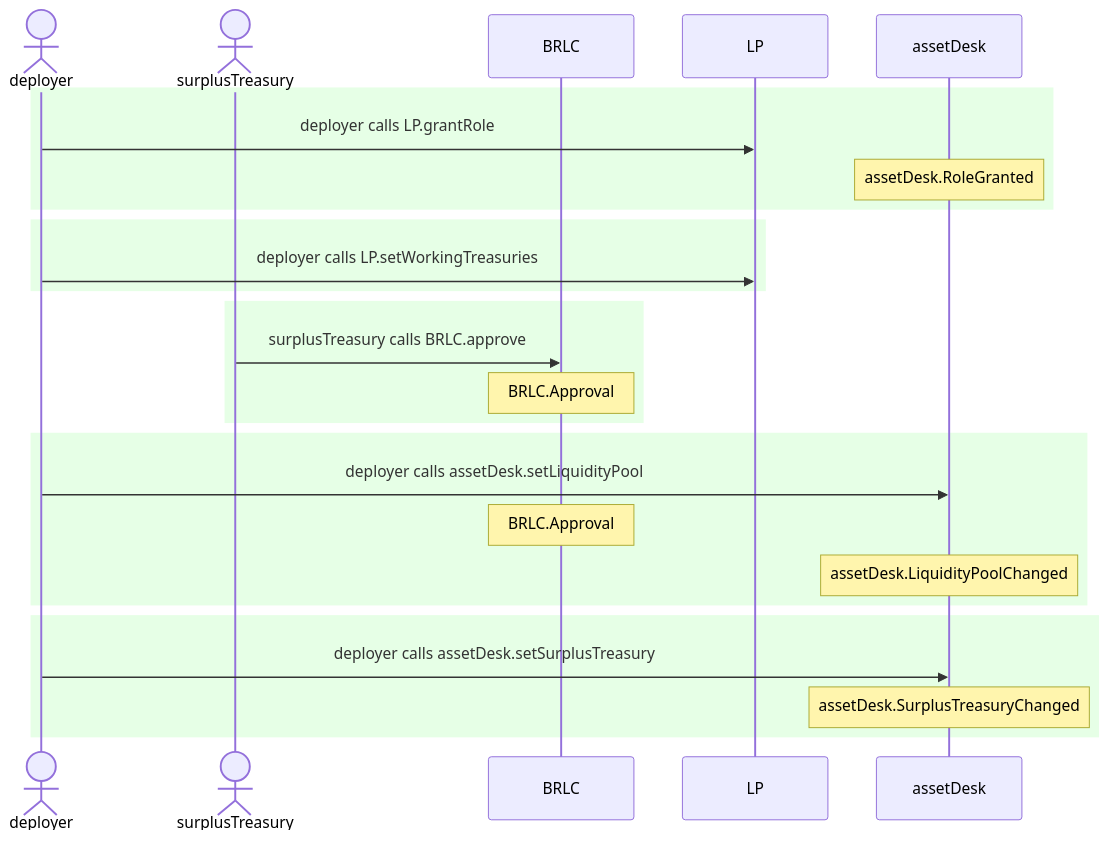
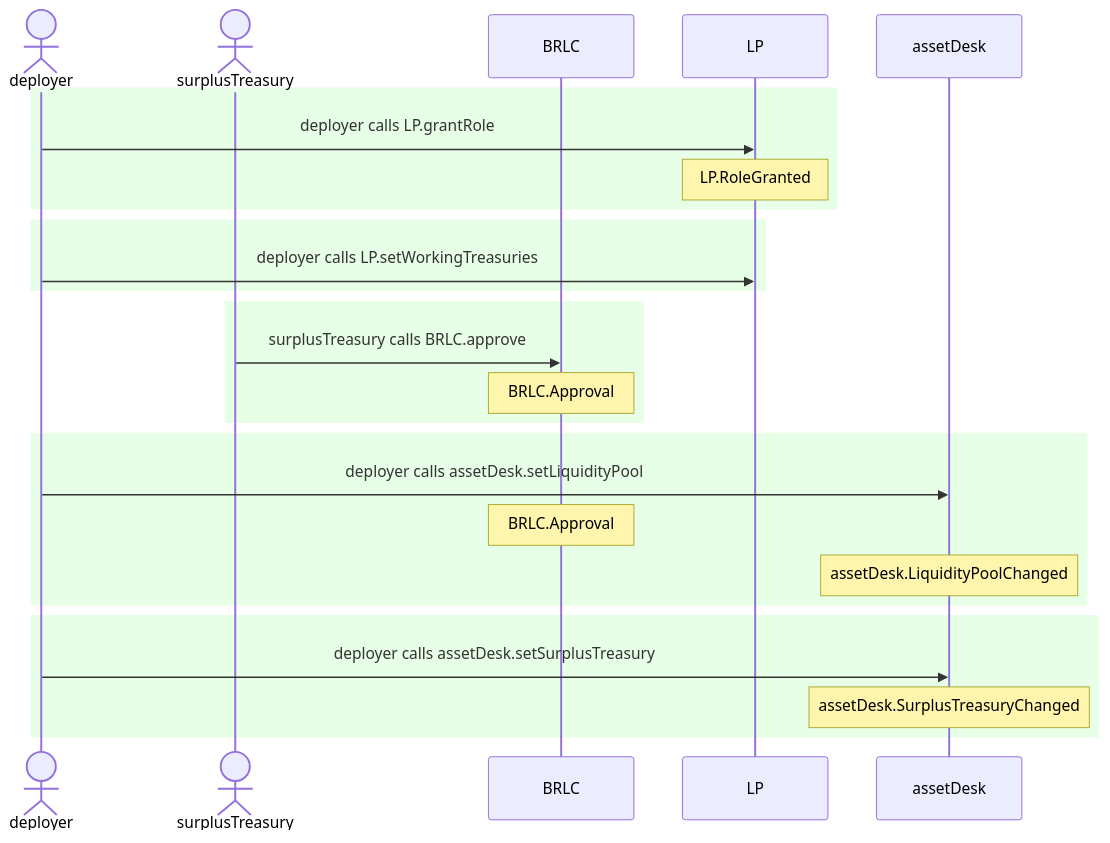
Before and after one commit to cloudwalk/brlc-asset-transit-desk: the second of 2 diagrams in test/__snapshots__humans__/AssetTransitDesk.test.md, drawn with Mermaid. The commit also changed other lines of this file and 3 other files, not shown here.

````diff
--- a/test/__snapshots__humans__/AssetTransitDesk.test.md
+++ b/test/__snapshots__humans__/AssetTransitDesk.test.md
@@ -121,28 +121,28 @@
 ```mermaid
 sequenceDiagram
   actor deployer
   actor surplusTreasury
   participant BRLC
   participant LP
   participant assetDesk
   rect rgb(230,255,230)
     deployer->>LP: deployer calls LP.grantRole
-    Note over assetDesk: assetDesk.RoleGranted
+    Note over LP: LP.RoleGranted
   end
   rect rgb(230,255,230)
     deployer->>LP: deployer calls LP.setWorkingTreasuries
   end
   rect rgb(230,255,230)
     surplusTreasury->>BRLC: surplusTreasury calls BRLC.approve
     Note over BRLC: BRLC.Approval
   end
   rect rgb(230,255,230)
     deployer->>assetDesk: deployer calls assetDesk.setLiquidityPool
     Note over BRLC: BRLC.Approval
     Note over assetDesk: assetDesk.LiquidityPoolChanged
   end
   rect rgb(230,255,230)
     deployer->>assetDesk: deployer calls assetDesk.setSurplusTreasury
     Note over assetDesk: assetDesk.SurplusTreasuryChanged
   end
 ```
````
